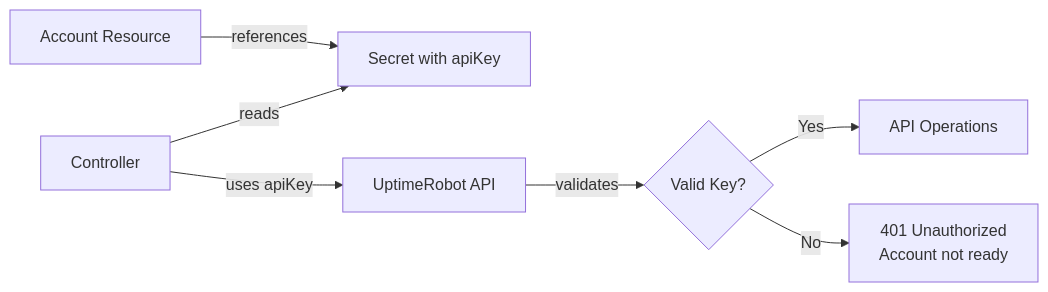
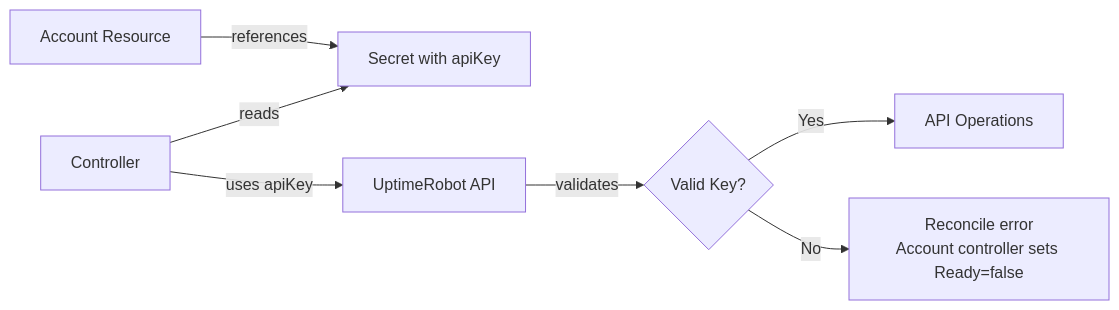
Before and after one commit to joelp172/uptime-robot-operator: the sixth of 11 diagrams in docs/architecture.md, drawn with Mermaid. The commit also changed other lines of this file, not shown here.

Commit message:
docs(architecture): align all sections with actual controller behavior

````diff
--- a/docs/architecture.md
+++ b/docs/architecture.md
@@ -267,10 +243,10 @@
 ```mermaid
 graph LR
     Account[Account Resource] -->|references| Secret[Secret with apiKey]
     Controller[Controller] -->|reads| Secret
     Controller -->|uses apiKey| URAPI[UptimeRobot API]
     
     URAPI -->|validates| Key{Valid Key?}
     Key -->|Yes| Success[API Operations]
-    Key -->|No| Error[401 Unauthorized<br/>Account not ready]
+    Key -->|No| Error[Reconcile error<br/>Account controller sets Ready=false]
 ```
````
